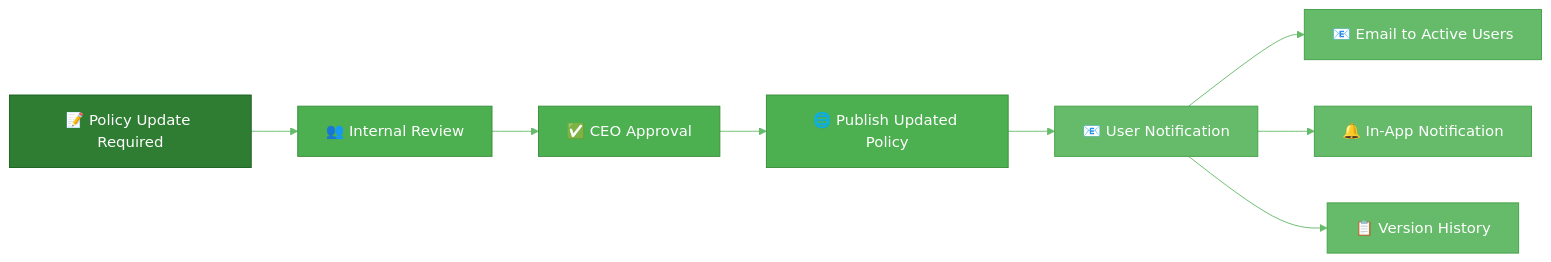
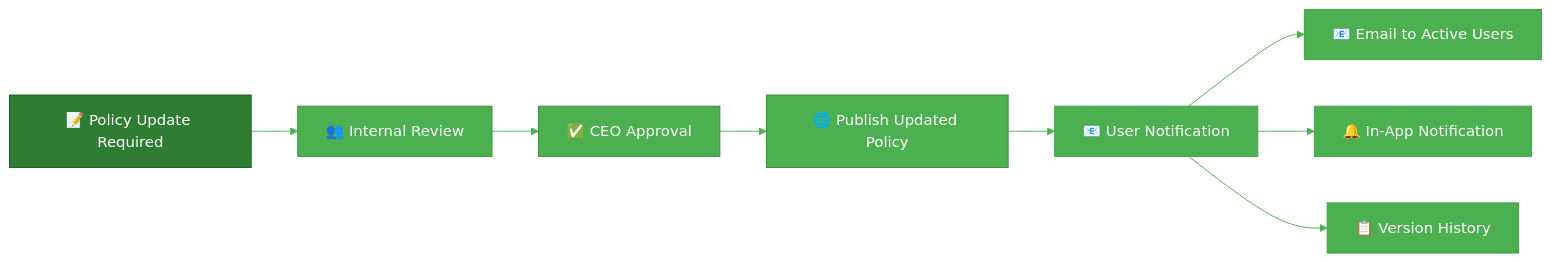
One commit to Hack23/ISMS-PUBLIC changed the sixth of 6 diagrams in Privacy_Policy.md. Above: the diagram before and after it, drawn with Mermaid. The commit also changed other lines of this file and 35 other files, not shown here.

````diff
--- a/Privacy_Policy.md
+++ b/Privacy_Policy.md
@@ -593,30 +593,30 @@
 ```mermaid
 %%{
   init: {
     'theme': 'base',
     'themeVariables': {
-      'primaryColor': '#e8f5e9',
-      'primaryTextColor': '#1b5e20',
-      'lineColor': '#66bb6a'
+      'primaryColor': '#4CAF50',
+      'primaryTextColor': '#1B5E20',
+      'lineColor': '#4CAF50'
     }
   }
 }%%
 flowchart LR
     CHANGE[📝 Policy Update Required]
     CHANGE --> REVIEW[👥 Internal Review]
     REVIEW --> APPROVE[✅ CEO Approval]
     APPROVE --> PUBLISH[🌐 Publish Updated Policy]
     PUBLISH --> NOTIFY[📧 User Notification]
     
     NOTIFY --> EMAIL[📧 Email to Active Users]
     NOTIFY --> BANNER[🔔 In-App Notification]
     NOTIFY --> CHANGELOG[📋 Version History]
     
     classDef changeStyle fill:#2E7D32,stroke:#1B5E20,color:#fff
     classDef processStyle fill:#4CAF50,stroke:#388E3C,color:#fff
-    classDef notifyStyle fill:#66BB6A,stroke:#43A047,color:#fff
+    classDef notifyStyle fill:#4CAF50,stroke:#43A047,color:#fff
     
     class CHANGE changeStyle
     class REVIEW,APPROVE,PUBLISH processStyle
     class NOTIFY,EMAIL,BANNER,CHANGELOG notifyStyle
 ```
````
